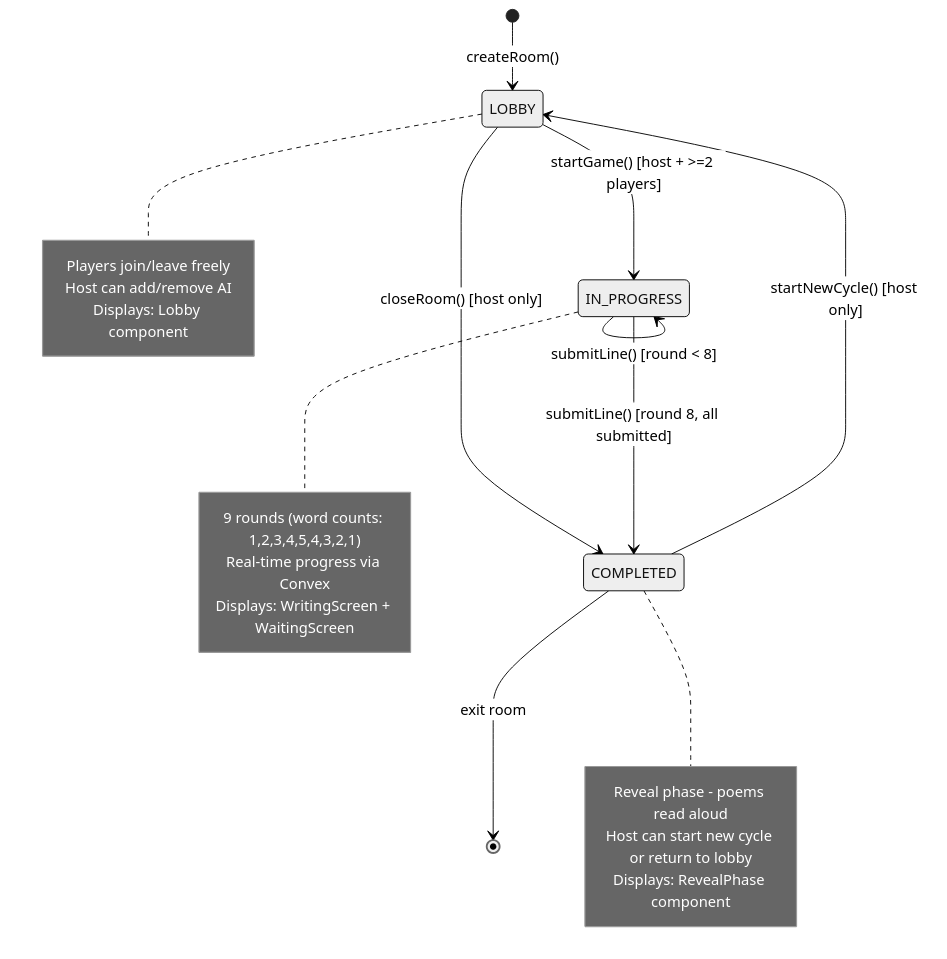
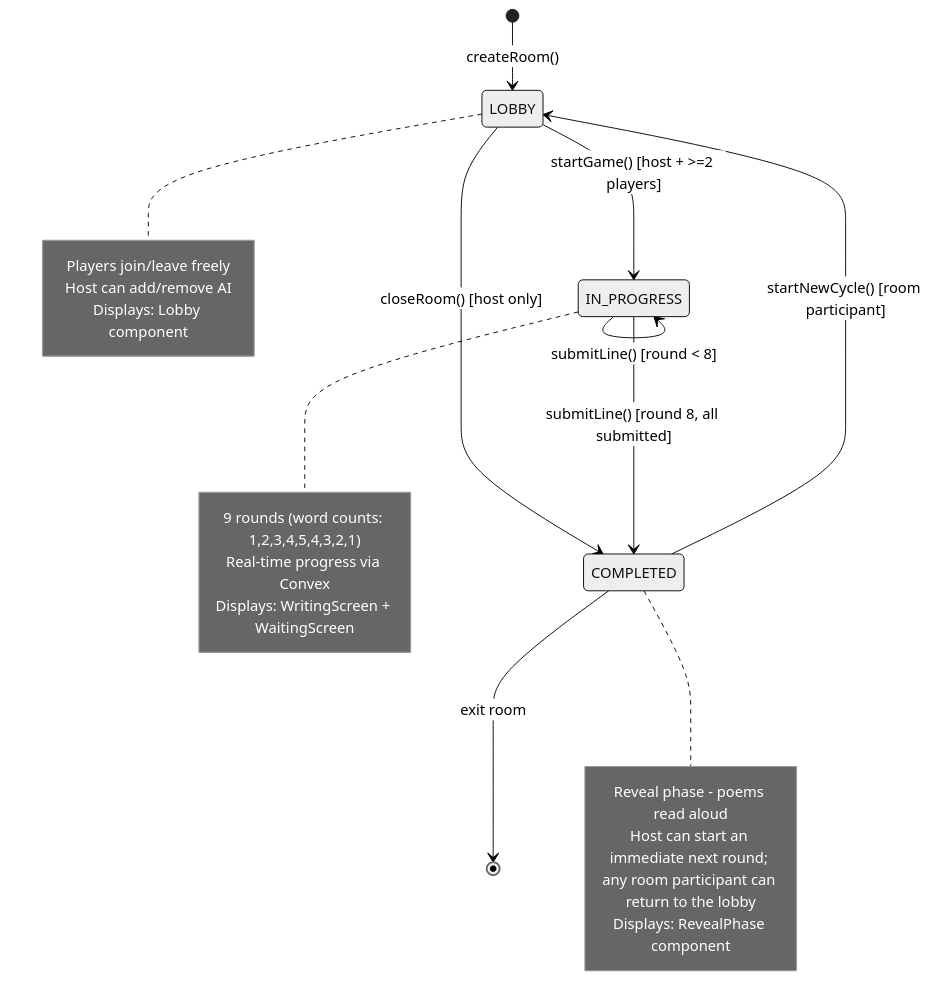
One commit to misty-step/linejam changed the first of 7 diagrams in docs/state-diagrams.md. Above: the diagram before and after it, drawn with Mermaid (neutral theme). The commit also changed other lines of this file and 17 other files, not shown here.

````diff
--- a/docs/state-diagrams.md
+++ b/docs/state-diagrams.md
@@ -9,31 +9,31 @@
 ```mermaid
 stateDiagram-v2
     [*] --> LOBBY : createRoom()
 
     LOBBY --> IN_PROGRESS : startGame() [host + >=2 players]
     LOBBY --> COMPLETED : closeRoom() [host only]
 
     IN_PROGRESS --> IN_PROGRESS : submitLine() [round < 8]
     IN_PROGRESS --> COMPLETED : submitLine() [round 8, all submitted]
 
-    COMPLETED --> LOBBY : startNewCycle() [host only]
+    COMPLETED --> LOBBY : startNewCycle() [room participant]
     COMPLETED --> [*] : exit room
 
     note right of LOBBY
         Players join/leave freely
         Host can add/remove AI
         Displays: Lobby component
     end note
 
     note right of IN_PROGRESS
         9 rounds (word counts: 1,2,3,4,5,4,3,2,1)
         Real-time progress via Convex
         Displays: WritingScreen + WaitingScreen
     end note
 
     note right of COMPLETED
         Reveal phase - poems read aloud
-        Host can start new cycle or return to lobby
+        Host can start an immediate next round; any room participant can return to the lobby
         Displays: RevealPhase component
     end note
 ```
````
